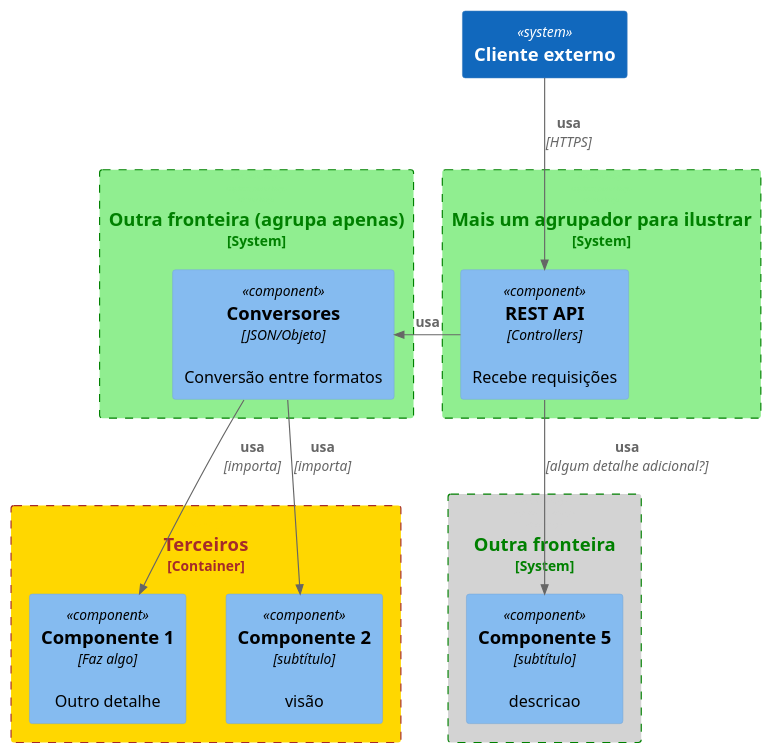
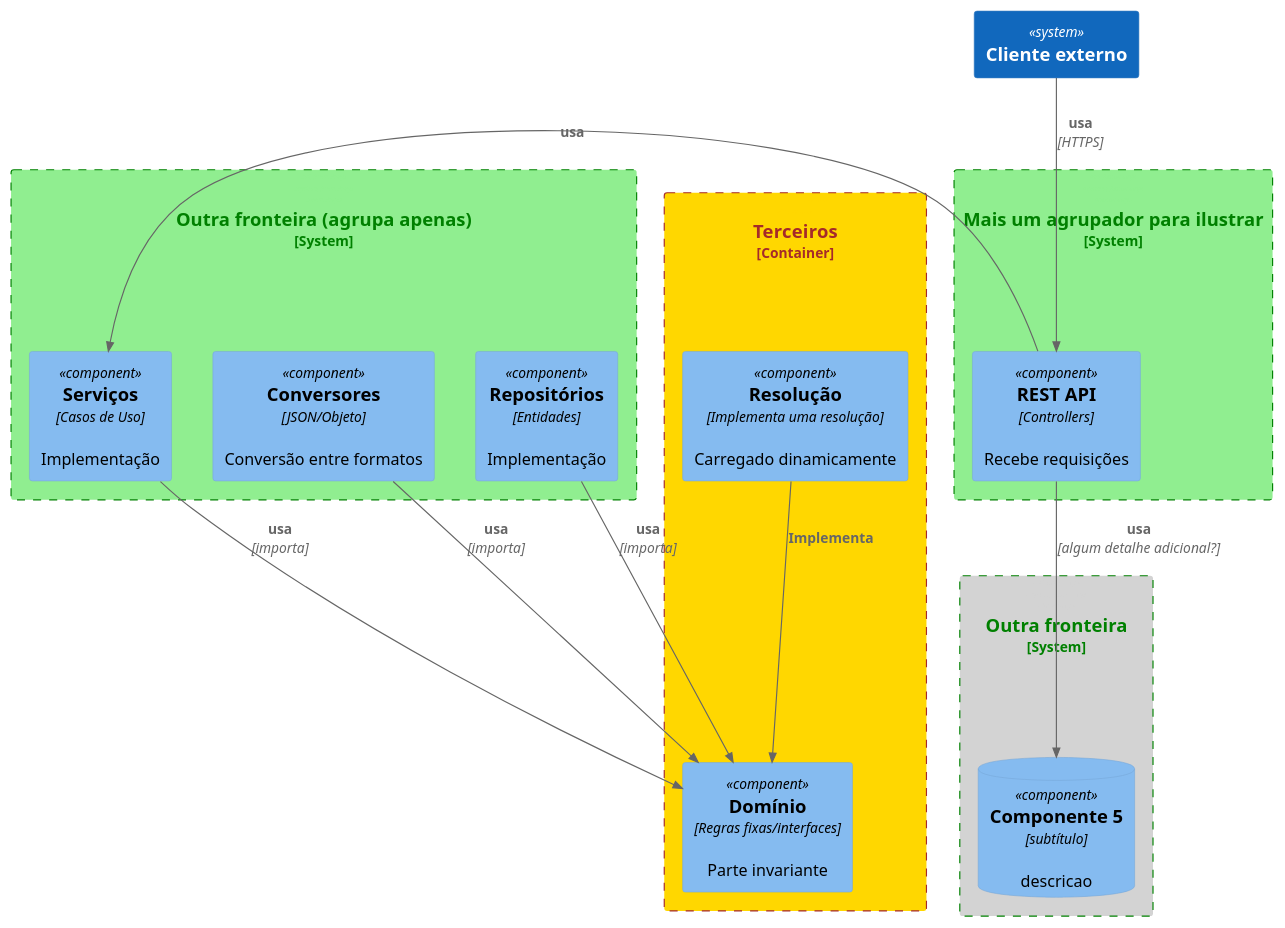
One commit to kyriosdata/docente-inf changed the diagram in documentacao/diagramas/c4-component.puml. Above: the diagram before and after it, drawn with PlantUML.

```diff
--- a/documentacao/diagramas/c4-component.puml
+++ b/documentacao/diagramas/c4-component.puml
@@ -1,39 +1,43 @@
 @startuml c4-component
 !include https://raw.githubusercontent.com/plantuml-stdlib/C4-PlantUML/master/C4_Component.puml
 
 UpdateBoundaryStyle($bgColor="gold", $fontColor="brown", $borderColor="brown")
 UpdateSystemBoundaryStyle($bgColor="gold", $fontColor="white", $borderColor="white")
 
 System(cliente, "Cliente externo")
 
 Container_Boundary(c3, "Terceiros") {
-    Component(comp1, "Componente 1", "Faz algo", "Outro detalhe")
-    Component(comp2, "Componente 2", "subtítulo", "visão")
+    Component(comp1, "Domínio", "Regras fixas/interfaces", "Parte invariante")
+    Component(comp2, "Resolução", "Implementa uma resolução", "Carregado dinamicamente")
+    Rel(comp2, comp1, "Implementa", "")
 }
 
 System_Boundary(c1, "Outra fronteira (agrupa apenas)", $tags="v1") {
     Component(comp6, "Conversores", "JSON/Objeto", "Conversão entre formatos")
-    Rel(comp6, comp2, "usa", "importa")
+    Component(comp7, "Serviços", "Casos de Uso", "Implementação")
+    Component(comp8, "Repositórios", "Entidades", "Implementação")
+    Rel(comp7, comp1, "usa", "importa")
+    Rel(comp8, comp1, "usa", "importa")
     Rel(comp6, comp1, "usa", "importa")
 }
 
 System_Boundary(c2, "Mais um agrupador para ilustrar", $tags="v1") {
     Component(comp3, "REST API", "Controllers", "Recebe requisições")
 }
 
 System_Boundary(c4, "Outra fronteira", $tags="v2") {
-    Component(comp5, "Componente 5", "subtítulo", "descricao")
+    ComponentDb(comp5, "Componente 5", "subtítulo", "descricao")
 }
 
 Rel(comp3, comp5, "usa", "algum detalhe adicional?")
 
 AddBoundaryTag("v1", $bgColor="lightgreen", $fontColor="green", $borderColor="green")
 AddElementTag("v1", $bgColor="lightred", $fontColor="red", $borderColor="red")
 
 AddBoundaryTag("v2", $bgColor="LightGray", $fontColor="green", $borderColor="green")
 AddElementTag("v2", $bgColor="LightBlue", $fontColor="red", $borderColor="red")
 
-Rel_L(comp3, comp6, "usa", "")
+Rel_L(comp3, comp7, "usa", "")
 Rel(cliente, comp3, "usa", "HTTPS")
 
 @enduml
```
